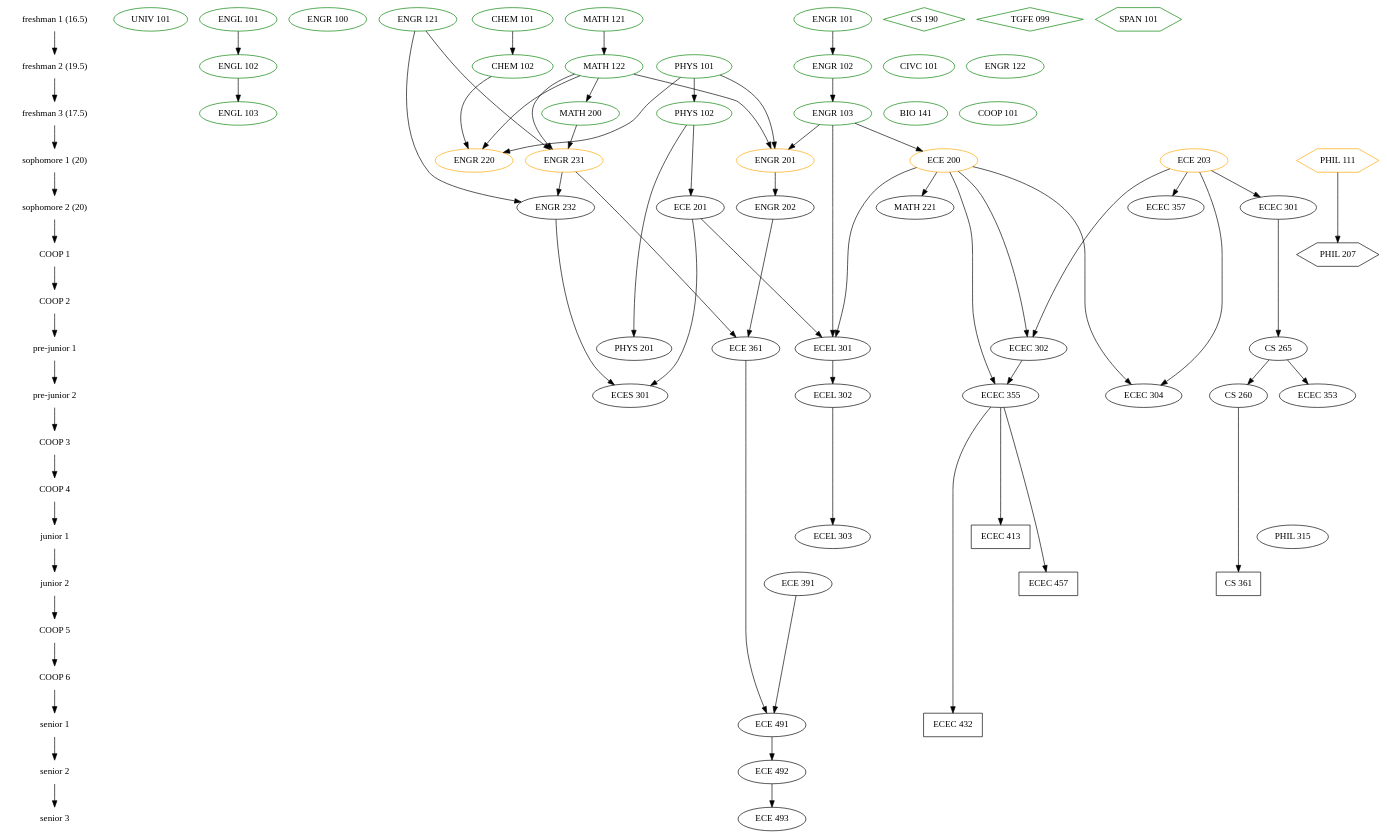
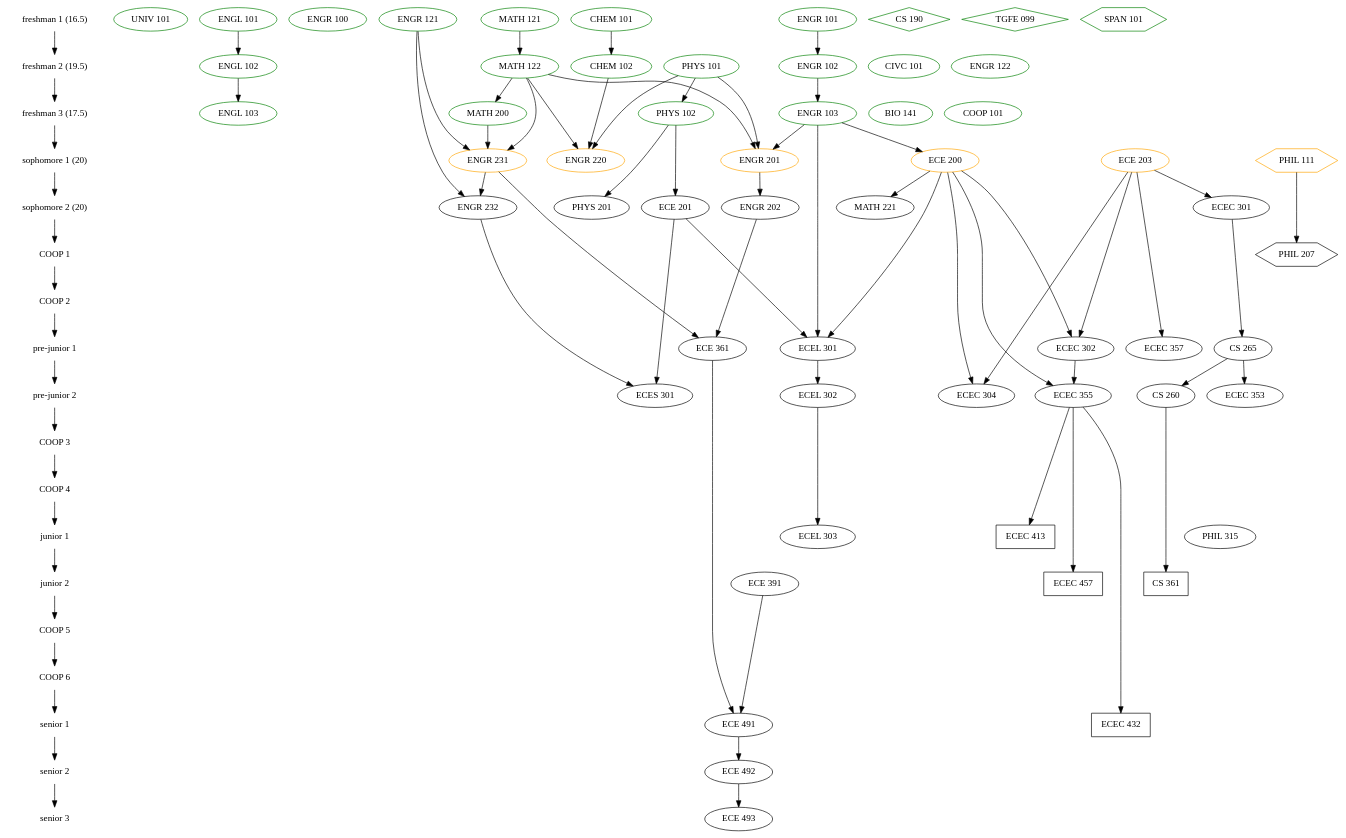
The diagram in classes.gv (Theodus/coursework), drawn with Graphviz before and after one commit. The commit also changed other lines of this file and 1 other file, not shown here.

```diff
--- a/classes.gv
+++ b/classes.gv
@@ -1,165 +1,165 @@
 /* Key:
 
 color:
 green = already taken
 orange = currently taking
 black = not taken
 
 shape:
 ellipse = fixed major degree requirement
 box = major degree elective
 diamond = free elective
 hexagon = general education elective
 */
 
 digraph Classes {
 
   { node [shape=plaintext]
     "freshman 1 (16.5)" ->
     "freshman 2 (19.5)" ->
     "freshman 3 (17.5)" ->
     "sophomore 1 (20)" ->
     "sophomore 2 (20)" ->
     "COOP 1" ->
     "COOP 2" ->
     "pre-junior 1" ->
     "pre-junior 2" ->
     "COOP 3" ->
     "COOP 4" ->
     "junior 1" ->
     "junior 2" ->
     "COOP 5" ->
     "COOP 6" ->
     "senior 1" ->
     "senior 2" ->
     "senior 3"
   }
 
   { node [color=green]
     { rank=same "freshman 1 (16.5)"
       "UNIV 101"
       "ENGL 101"
       "ENGR 100"
       "CHEM 101"
       "ENGR 101"
       "ENGR 121"
       "MATH 121"
 
       // AP Credit
       "CS 190" [shape=diamond]
       "TGFE 099" [shape=diamond]
       "SPAN 101" [shape=hexagon]
     }
     { rank=same "freshman 2 (19.5)"
       "CIVC 101"
       "ENGL 102"
       "CHEM 102"
       "ENGR 102"
       "ENGR 122"
       "MATH 122"
       "PHYS 101"
     }
   }
   { node [color=green]
     { rank=same "freshman 3 (17.5)"
       "ENGL 103"
       "ENGR 103"
       "BIO 141"
       "COOP 101"
       "PHYS 102"
       "MATH 200"
     }
   }
   { node [color=orange]
     { rank=same "sophomore 1 (20)"
       "ENGR 201"
       "ENGR 220"
       "ENGR 231"
       "ECE 203"
       "ECE 200"
       "PHIL 111" [shape=hexagon]
     }
   }
   { rank=same "sophomore 2 (20)"
     "ECE 201"
     "ECEC 301"
     "ENGR 202"
     "ENGR 232"
+    "PHYS 201"
     "MATH 221"
-    "ECEC 357"
   }
   { rank=same "COOP 1"
     "PHIL 207" [shape=hexagon]
   }
   { rank=same "pre-junior 1"
     "ECEC 302"
     "ECEL 301"
     "ECE 361"
     "CS 265"
-    "PHYS 201"
+    "ECEC 357"
   }
   { rank=same "pre-junior 2"
     "ECEC 304"
     "ECEC 355"
     "ECEL 302"
     "ECES 301"
     "CS 260"
     "ECEC 353"
   }
   { rank=same "junior 1"
     "ECEL 303"
     "PHIL 315"
     "ECEC 413" [shape=box]
   }
   { rank=same "junior 2"
     "ECE 391"
     "CS 361" [shape=box]
     "ECEC 457" [shape=box]
   }
   { rank=same "senior 1"
     "ECE 491"
     "ECEC 432" [shape=box]
   }
   { rank=same "senior 2"
     "ECE 492"
   }
   { rank=same "senior 3"
     "ECE 493"
   }
 
   // General Education/Liberal Studies
 
   "CIVC 101"
   "ENGL 101" -> "ENGL 102" -> "ENGL 103"
   "PHIL 315"
   "UNIV 101"
 
   "PHIL 111" -> "PHIL 207"
 
   // Foundation Requirements
 
   "BIO 141"
   "CHEM 101" -> "CHEM 102"
   "PHYS 101" -> "PHYS 102" -> "PHYS 201"
   "PHYS 102" -> "ECE 201"
   "MATH 121" -> "MATH 122" -> "MATH 200" -> "ENGR 231"
   "ENGR 101" -> "ENGR 102" -> "ENGR 103" -> "ECE 200" -> "MATH 221"
   "ECE 203"
   {"MATH 122" "PHYS 101" "ENGR 103"} -> "ENGR 201" -> "ENGR 202"
   {"CHEM 102" "MATH 122" "PHYS 101"} -> "ENGR 220"
   {"MATH 122" "ENGR 121"} -> "ENGR 231"
   {"ENGR 231" "ENGR 121"} -> "ENGR 232"
 
   // Professional Requirements
 
   "ECE 203" -> "ECEC 301" -> "CS 265" -> "CS 260" -> "CS 361"
   {"ENGR 202" "ENGR 231"} -> "ECE 361"
   {"ECE 391" "ECE 361"} -> "ECE 491" -> "ECE 492" -> "ECE 493"
   {"ECE 203" "ECE 200"} -> "ECEC 302"
   {"ECE 200" "ECE 203"} -> "ECEC 304"
   "CS 265" -> "ECEC 353"
   {"ECE 200" "ECEC 302"} -> "ECEC 355" -> {"ECEC 413" "ECEC 457" "ECEC 432"}
   "ECE 203" -> "ECEC 357"
   {"ENGR 103" "ECE 200" "ECE 201"} -> "ECEL 301" -> "ECEL 302" -> "ECEL 303"
   {"ENGR 232" "ECE 201"} -> "ECES 301"
 }
```
